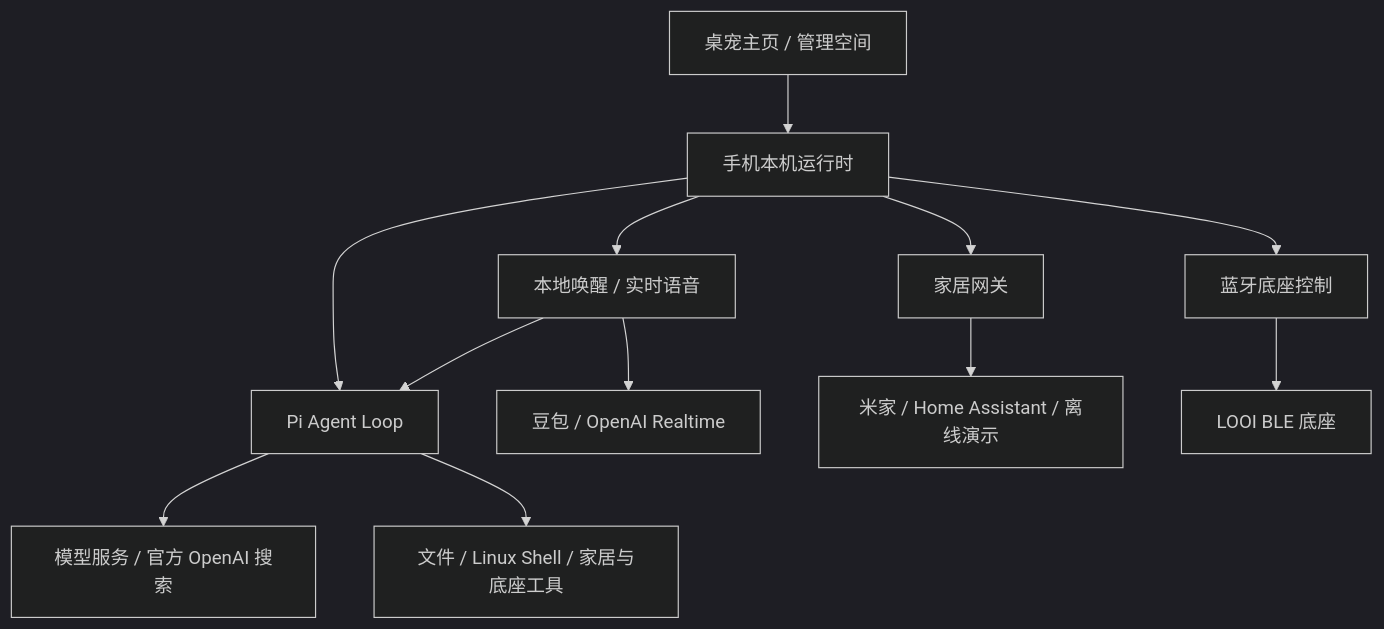
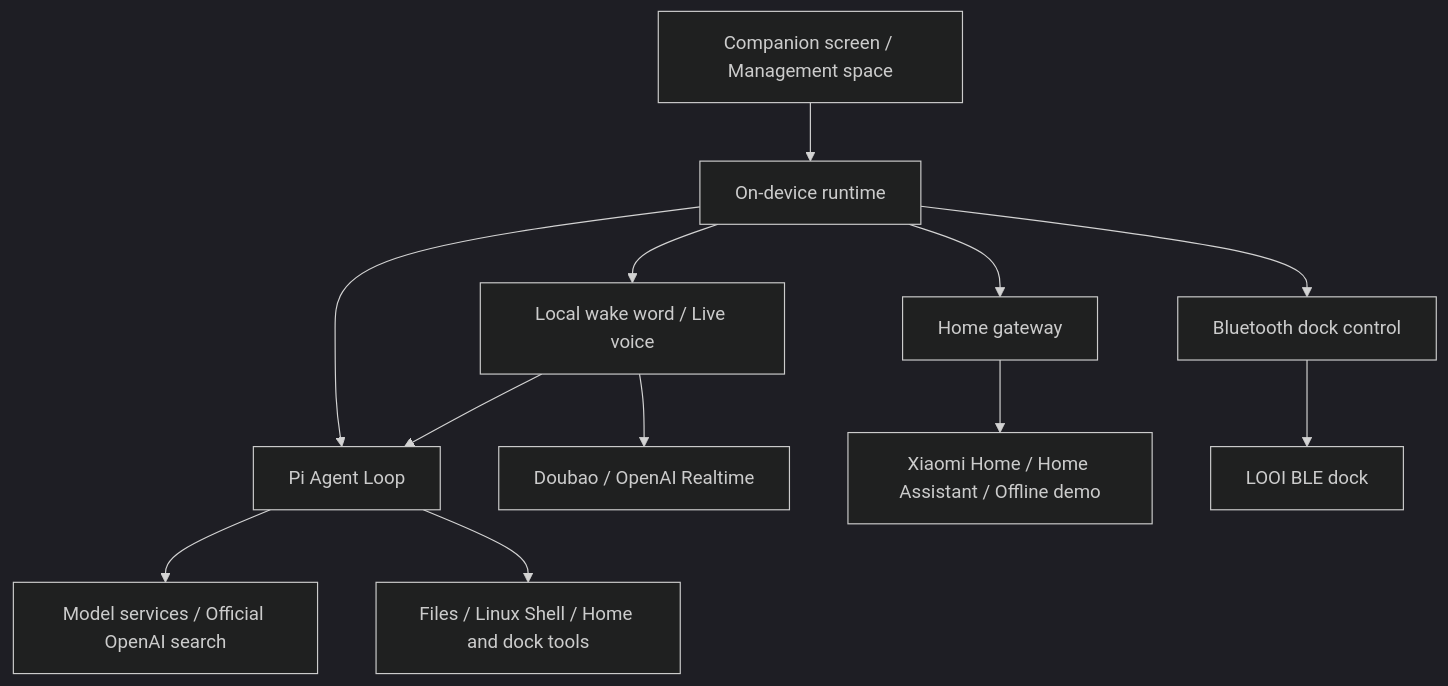
Before and after one commit to GrinZero/super-looi: the diagram in README.md, drawn with Mermaid (dark theme). The commit also changed other lines of this file and 2 other files, not shown here.

````diff
--- a/README.md
+++ b/README.md
@@ -167,14 +170,14 @@
 ```mermaid
 flowchart TD
-    UI[桌宠主页 / 管理空间] --> Runtime[手机本机运行时]
+    UI[Companion screen / Management space] --> Runtime[On-device runtime]
     Runtime --> Agent[Pi Agent Loop]
-    Runtime --> Voice[本地唤醒 / 实时语音]
-    Runtime --> Home[家居网关]
-    Runtime --> Body[蓝牙底座控制]
-    Agent --> Models[模型服务 / 官方 OpenAI 搜索]
-    Agent --> Tools[文件 / Linux Shell / 家居与底座工具]
-    Voice --> Realtime[豆包 / OpenAI Realtime]
+    Runtime --> Voice[Local wake word / Live voice]
+    Runtime --> Home[Home gateway]
+    Runtime --> Body[Bluetooth dock control]
+    Agent --> Models[Model services / Official OpenAI search]
+    Agent --> Tools[Files / Linux Shell / Home and dock tools]
+    Voice --> Realtime[Doubao / OpenAI Realtime]
     Voice --> Agent
-    Home --> Devices[米家 / Home Assistant / 离线演示]
-    Body --> LOOI[LOOI BLE 底座]
+    Home --> Devices[Xiaomi Home / Home Assistant / Offline demo]
+    Body --> LOOI[LOOI BLE dock]
 ```
````
